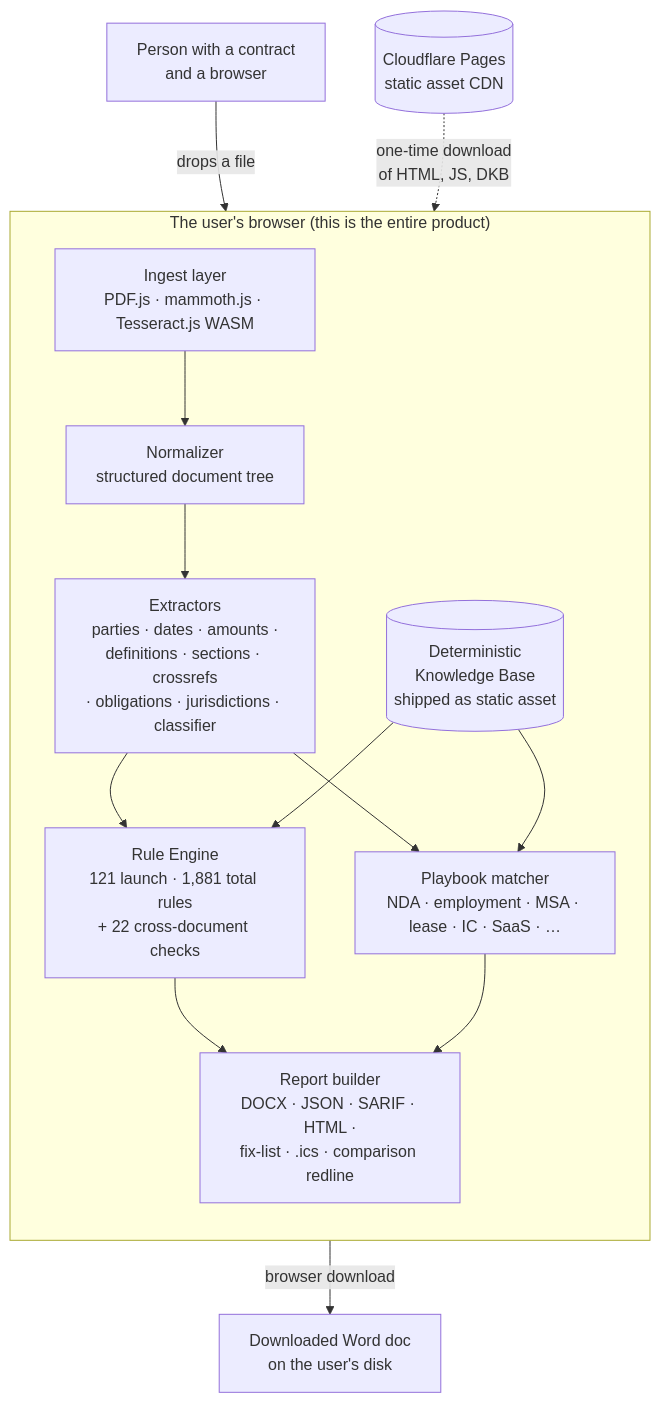
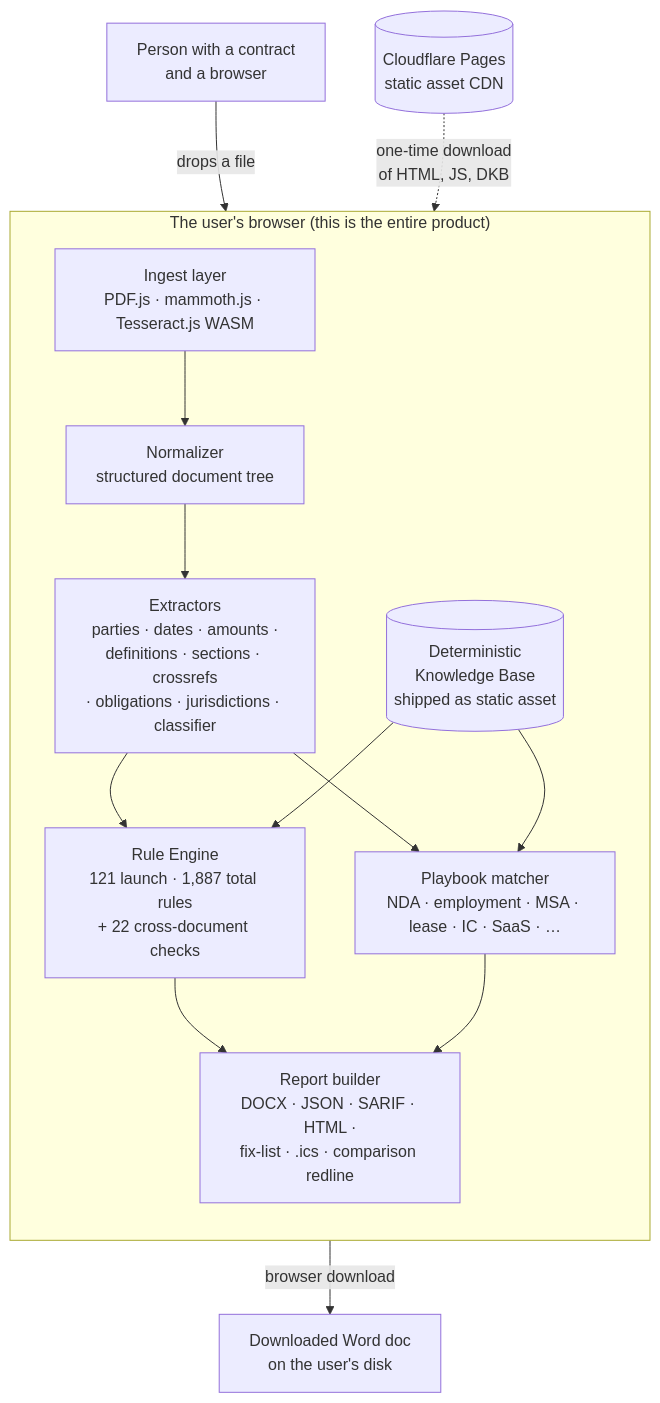
Before and after one commit to clay-good/vaulytica: the diagram in docs/architecture.md, drawn with Mermaid. The commit also changed other lines of this file and 402 other files, not shown here.

````diff
--- a/docs/architecture.md
+++ b/docs/architecture.md
@@ -5,28 +5,28 @@
 ```mermaid
 flowchart TB
     user[Person with a contract<br/>and a browser]
 
     subgraph browser["The user's browser (this is the entire product)"]
         direction TB
         ingest[Ingest layer<br/>PDF.js · mammoth.js · Tesseract.js WASM]
         normalize[Normalizer<br/>structured document tree]
         extract[Extractors<br/>parties · dates · amounts ·<br/>definitions · sections · crossrefs<br/>· obligations · jurisdictions · classifier]
-        engine[Rule Engine<br/>121 launch · 1,881 total rules<br/>+ 22 cross-document checks]
+        engine[Rule Engine<br/>121 launch · 1,887 total rules<br/>+ 22 cross-document checks]
         playbook[Playbook matcher<br/>NDA · employment · MSA · lease · IC · SaaS · …]
         dkb[(Deterministic<br/>Knowledge Base<br/>shipped as static asset)]
         report[Report builder<br/>DOCX · JSON · SARIF · HTML ·<br/>fix-list · .ics · comparison redline]
     end
 
     cdn[(Cloudflare Pages<br/>static asset CDN)]
     download[Downloaded Word doc<br/>on the user's disk]
 
     user -- "drops a file" --> ingest
     cdn -. "one-time download<br/>of HTML, JS, DKB" .-> browser
     ingest --> normalize --> extract --> engine
     extract --> playbook
     dkb --> engine
     dkb --> playbook
     engine --> report
     playbook --> report
     report -- "browser download" --> download
 ```
````
